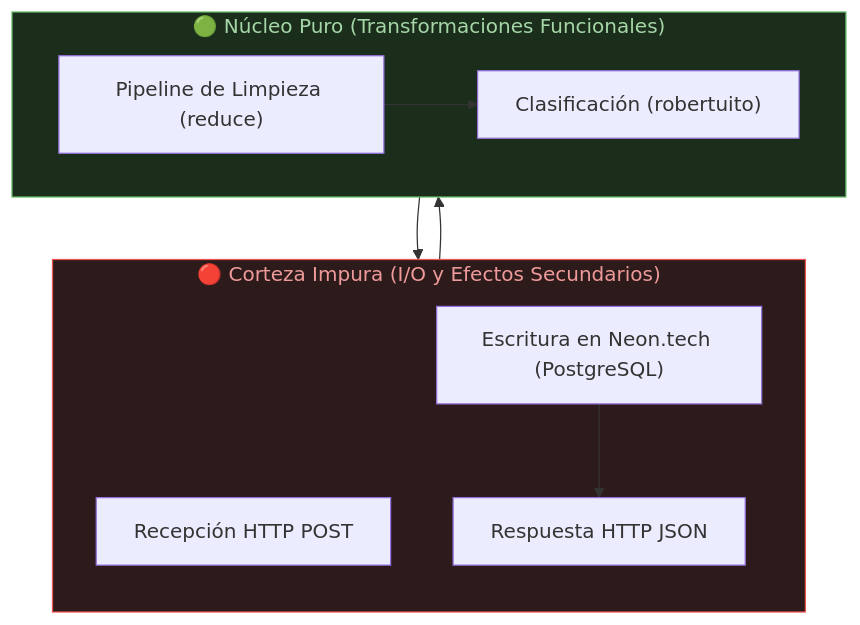
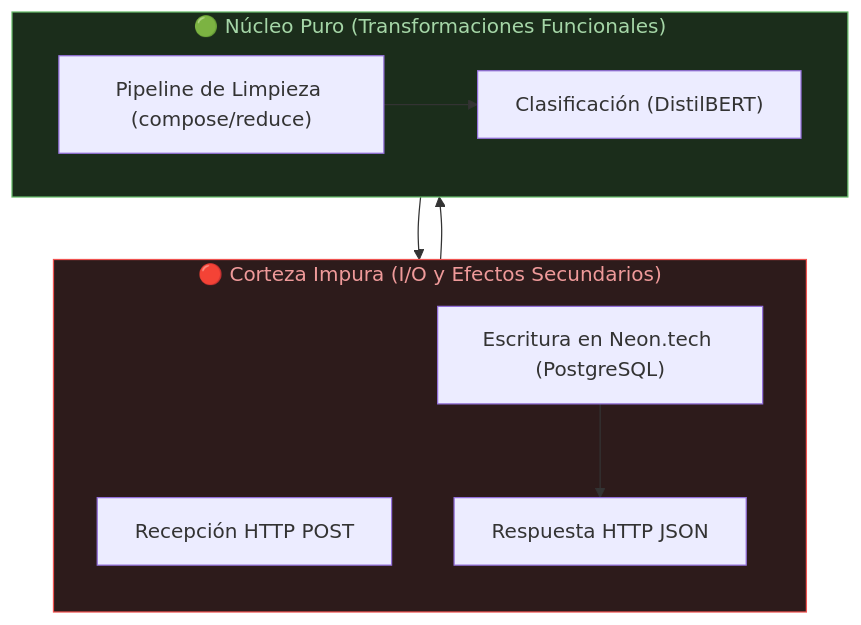
Before and after one commit to SantiagoScetti/analisis-funcional-en-vivo: the fifth of 7 diagrams in frontend/.agent/arquitectura_del_sistema.md, drawn with Mermaid. The commit also changed other lines of this file and 11 other files, not shown here.

Commit message:
seo: optimize index.html with meta tags, Open Graph, Twitter Cards, and theme color

````diff
--- a/frontend/.agent/arquitectura_del_sistema.md
+++ b/frontend/.agent/arquitectura_del_sistema.md
@@ -337,23 +373,23 @@
 ```mermaid
 flowchart TB
     subgraph Corteza ["🔴 Corteza Impura (I/O y Efectos Secundarios)"]
         direction TB
         HTTP_IN["Recepción HTTP POST"]
         DB_WRITE["Escritura en Neon.tech (PostgreSQL)"]
         HTTP_OUT["Respuesta HTTP JSON"]
     end
 
     subgraph Nucleo ["🟢 Núcleo Puro (Transformaciones Funcionales)"]
         direction LR
-        Pipeline["Pipeline de Limpieza (reduce)"]
-        ML["Clasificación (robertuito)"]
+        Pipeline["Pipeline de Limpieza (compose/reduce)"]
+        ML["Clasificación (DistilBERT)"]
         Pipeline --> ML
     end
 
     HTTP_IN --> Nucleo
     Nucleo --> DB_WRITE
     DB_WRITE --> HTTP_OUT
 
     style Corteza fill:#2d1b1b,color:#ef9a9a,stroke:#ef5350
     style Nucleo fill:#1b2d1b,color:#a5d6a7,stroke:#66bb6a
 ```
````
